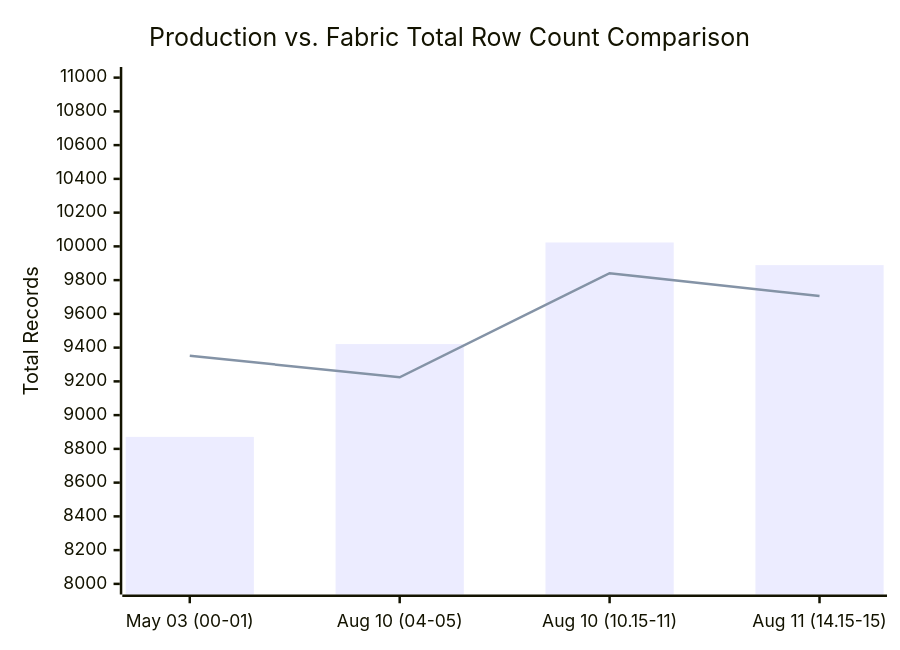
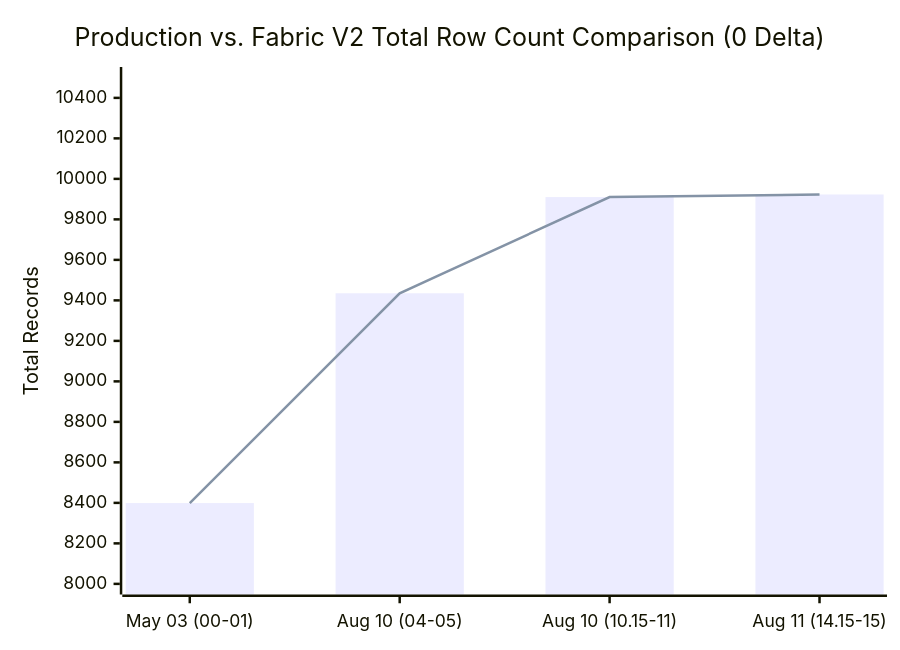
Before and after one commit to NeelmaniR-Useready/PolarDocs: the second of 4 diagrams in Final_Report.md, drawn with Mermaid. The commit also changed other lines of this file and 9 other files, not shown here.

````diff
--- a/Final_Report.md
+++ b/Final_Report.md
@@ -40,8 +41,8 @@
 ```mermaid
 xychart-beta
-    title "Production vs. Fabric Total Row Count Comparison"
+    title "Production vs. Fabric V2 Total Row Count Comparison (0 Delta)"
     x-axis ["May 03 (00-01)", "Aug 10 (04-05)", "Aug 10 (10.15-11)", "Aug 11 (14.15-15)"]
-    y-axis "Total Records" 8000 --> 11000
-    bar [8871, 9421, 10023, 9889]
-    line [9352, 9224, 9841, 9706]
+    y-axis "Total Records" 8000 --> 10500
+    bar [8399, 9435, 9910, 9923]
+    line [8399, 9435, 9910, 9923]
 ```
````
